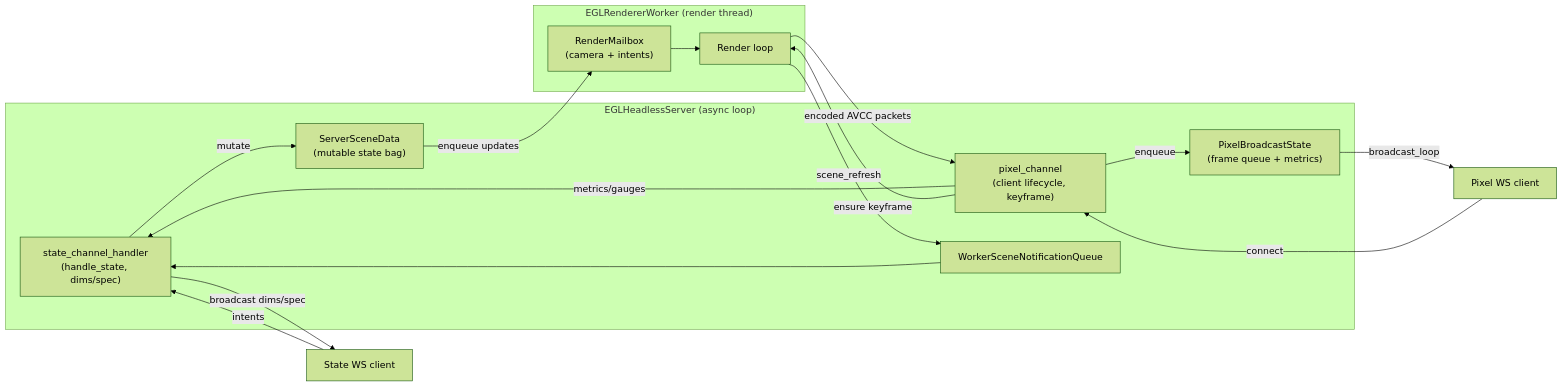
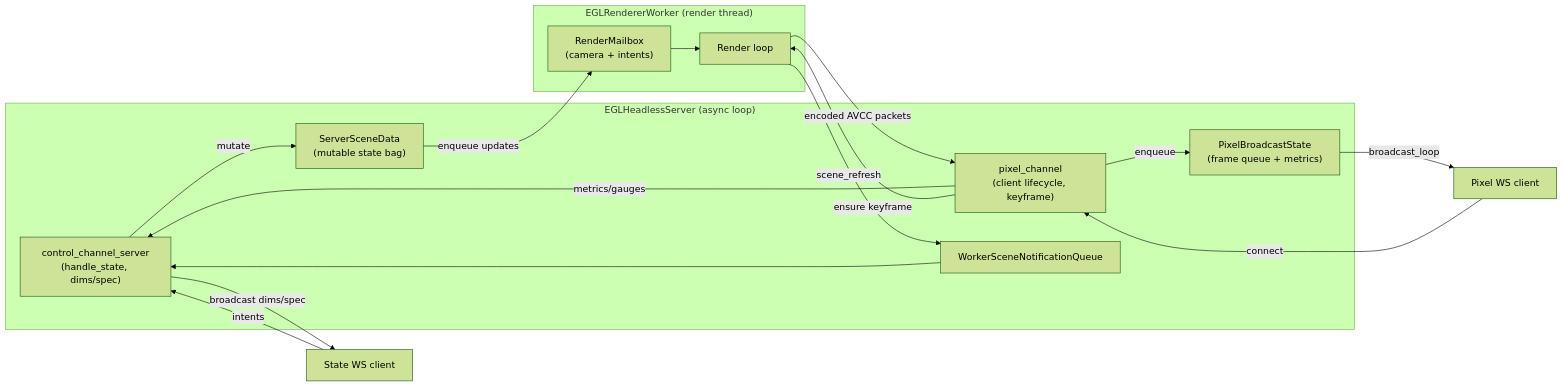
The diagram in docs/diagrams/pixel_channel.mmd (kirjner/napari-cuda), drawn with Mermaid (forest theme) before and after one commit. The commit also changed 13 other files, not shown here.

```diff
--- a/docs/diagrams/pixel_channel.mmd
+++ b/docs/diagrams/pixel_channel.mmd
@@ -1,35 +1,35 @@
 graph LR
     %% Async control loop components
     subgraph AsyncLoop["EGLHeadlessServer (async loop)"]
-        SSC["state_channel_handler\n(handle_state, dims/spec)"]
+        SSC["control_channel_server\n(handle_state, dims/spec)"]
         PCH["pixel_channel\n(client lifecycle, keyframe)"]
         SceneBag["ServerSceneData\n(mutable state bag)"]
         PixelBag["PixelBroadcastState\n(frame queue + metrics)"]
         WQueue["WorkerSceneNotificationQueue"]
     end
 
     %% Worker thread + helpers
     subgraph WorkerThread["EGLRendererWorker (render thread)"]
         Worker["Render loop"]
         SceneQueue["RenderMailbox\n(camera + intents)"]
     end
 
     %% Clients
     StateClient["State WS client"]
     PixelClient["Pixel WS client"]
 
     %% Data/control flow
     StateClient -->|intents| SSC
     SSC -->|mutate| SceneBag
     SSC -->|broadcast dims/spec| StateClient
     SceneBag -->|enqueue updates| SceneQueue
     SceneQueue --> Worker
     Worker -->|scene_refresh| WQueue
     WQueue --> SSC
 
     PixelClient -->|connect| PCH
     PCH -->|metrics/gauges| SSC
     Worker -->|encoded AVCC packets| PCH
     PCH -->|enqueue| PixelBag
     PixelBag -->|broadcast_loop| PixelClient
     PCH -->|ensure keyframe| Worker
```
